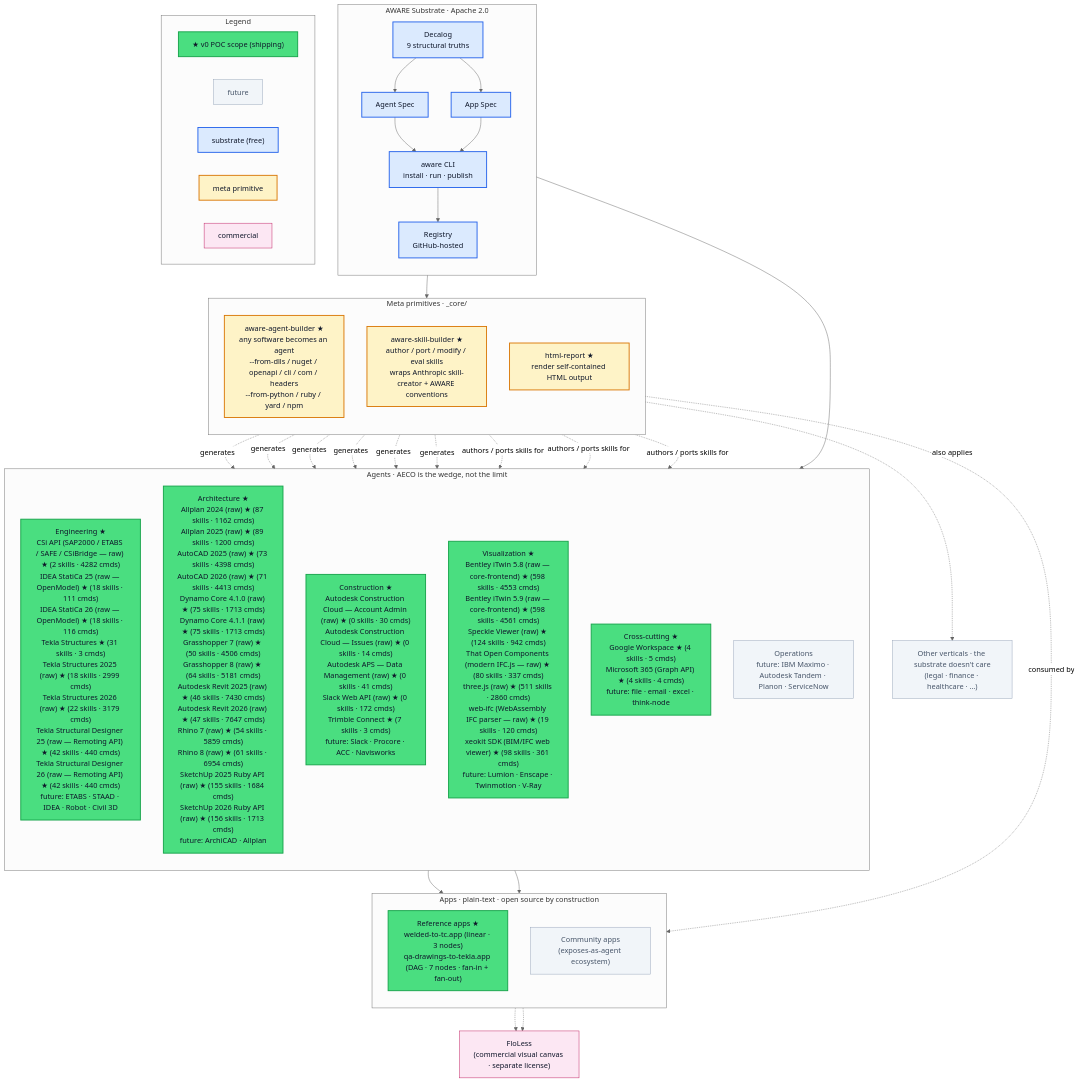
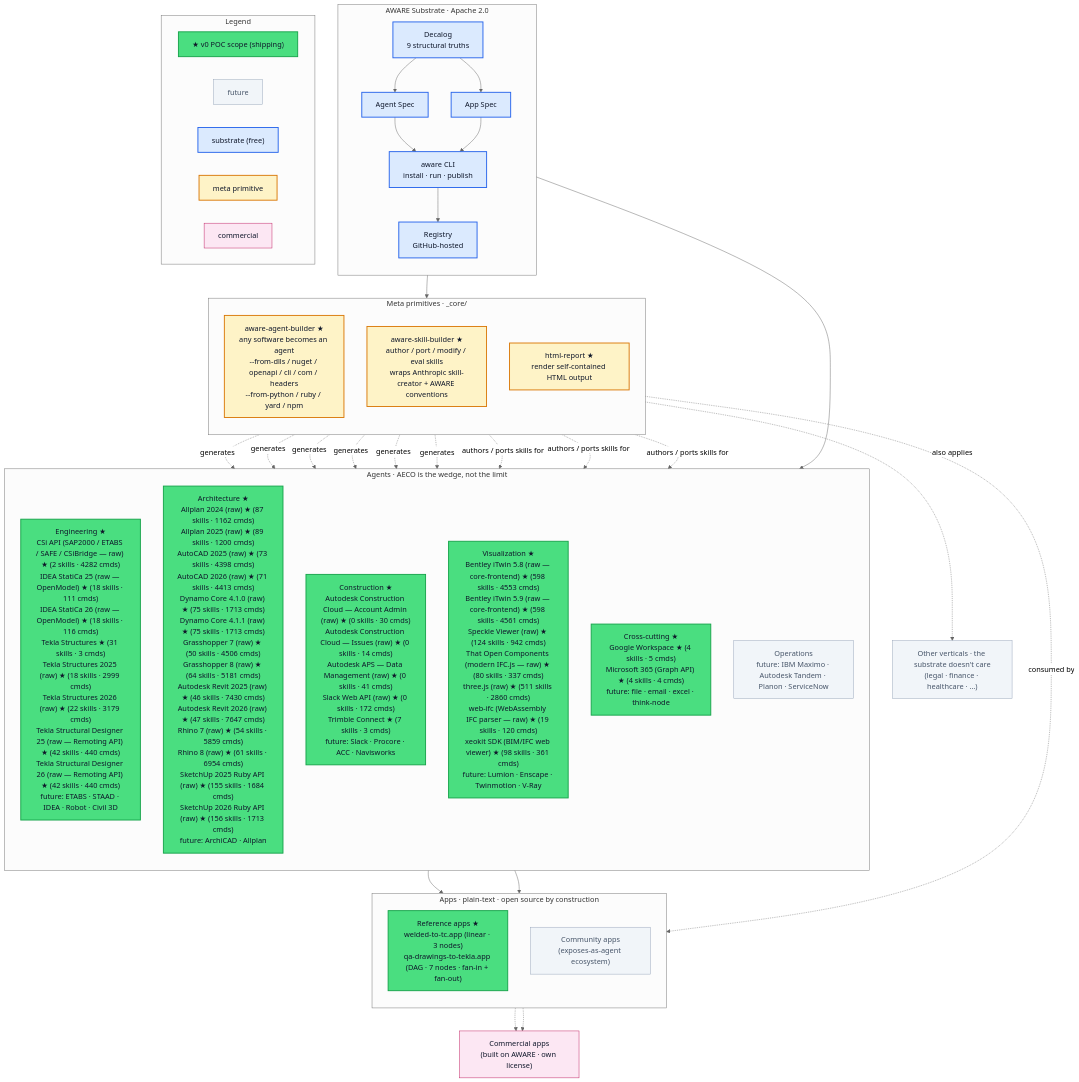
The diagram in 40-diagrams/aware-master.mmd (aware-aeco/aware), drawn with Mermaid before and after one commit. The commit also changed 1 other file, not shown here.

Commit message:
docs: drop FloLess's dedicated node from the architecture diagrams
Per "treat FloLess as any other agent — no special treatment." Both the
Mermaid and Excalidraw master diagrams gave FloLess its own named commercial
node ("FloLess — commercial visual canvas — separate license") with edges from
the reference + community apps. Genericize it to a plain "Commercial apps
(built on AWARE · own license)" node so FloLess is no longer singled out — it's
just one of the generic downstream commercial apps, matching the diagrams
README legend already genericized in #192. The generic `commercial` style class
+ legend entry stay; no other content changes.

```diff
--- a/40-diagrams/aware-master.mmd
+++ b/40-diagrams/aware-master.mmd
@@ -1,109 +1,109 @@
 %%{init: {'theme':'neutral'}}%%
 graph TB
 
   %% =========================================================
   %% Style classes
   %% =========================================================
   classDef poc        fill:#4ade80,stroke:#16a34a,color:#0f172a,stroke-width:2px
   classDef future     fill:#f1f5f9,stroke:#94a3b8,color:#475569
   classDef substrate  fill:#dbeafe,stroke:#2563eb,color:#0f172a,stroke-width:2px
   classDef meta       fill:#fef3c7,stroke:#d97706,color:#0f172a,stroke-width:2px
   classDef app        fill:#e0e7ff,stroke:#6366f1,color:#0f172a
   classDef commercial fill:#fce7f3,stroke:#be185d,color:#0f172a
 
   %% =========================================================
   %% Substrate · Apache 2.0
   %% =========================================================
   subgraph SUB["AWARE Substrate · Apache 2.0"]
     direction TB
     Decalog["Decalog<br/>9 structural truths"]:::substrate
     AgentSpec["Agent Spec"]:::substrate
     AppSpec["App Spec"]:::substrate
     CLI["aware CLI<br/>install · run · publish"]:::substrate
     Registry["Registry<br/>GitHub-hosted"]:::substrate
 
     Decalog --> AgentSpec
     Decalog --> AppSpec
     AgentSpec --> CLI
     AppSpec --> CLI
     CLI --> Registry
   end
 
   %% =========================================================
   %% Meta primitives — under _core/
   %% =========================================================
   subgraph META["Meta primitives · _core/"]
     direction TB
     Builder["aware-agent-builder ★<br/>any software becomes an agent<br/>--from-dlls / nuget / openapi / cli / com / headers<br/>--from-python / ruby / yard / npm"]:::meta
     SkillBuilder["aware-skill-builder ★<br/>author / port / modify / eval skills<br/>wraps Anthropic skill-creator + AWARE conventions"]:::meta
     HtmlReport["html-report ★<br/>render self-contained HTML output"]:::meta
   end
 
   %% =========================================================
   %% Agents · AECO (the wedge)
   %% =========================================================
   subgraph AGENTS["Agents · AECO is the wedge, not the limit"]
     direction TB
 
     %% AWARE-AUTOGEN-AGENTS-BEGIN (regenerated by `aware diagram regenerate --in-place 40-diagrams/aware-master.mmd`)
     Eng["Engineering ★<br/>CSi API (SAP2000 / ETABS / SAFE / CSiBridge — raw) ★ (2 skills · 4282 cmds)<br/>IDEA StatiCa 25 (raw — OpenModel) ★ (18 skills · 111 cmds)<br/>IDEA StatiCa 26 (raw — OpenModel) ★ (18 skills · 116 cmds)<br/>Tekla Structures ★ (31 skills · 3 cmds)<br/>Tekla Structures 2025 (raw) ★ (18 skills · 2999 cmds)<br/>Tekla Structures 2026 (raw) ★ (22 skills · 3179 cmds)<br/>Tekla Structural Designer 25 (raw — Remoting API) ★ (42 skills · 440 cmds)<br/>Tekla Structural Designer 26 (raw — Remoting API) ★ (42 skills · 440 cmds)<br/>future: ETABS · STAAD · IDEA · Robot · Civil 3D"]:::poc
     Arch["Architecture ★<br/>Allplan 2024 (raw) ★ (87 skills · 1162 cmds)<br/>Allplan 2025 (raw) ★ (89 skills · 1200 cmds)<br/>AutoCAD 2025 (raw) ★ (73 skills · 4398 cmds)<br/>AutoCAD 2026 (raw) ★ (71 skills · 4413 cmds)<br/>Dynamo Core 4.1.0 (raw) ★ (75 skills · 1713 cmds)<br/>Dynamo Core 4.1.1 (raw) ★ (75 skills · 1713 cmds)<br/>Grasshopper 7 (raw) ★ (50 skills · 4506 cmds)<br/>Grasshopper 8 (raw) ★ (64 skills · 5181 cmds)<br/>Autodesk Revit 2025 (raw) ★ (46 skills · 7430 cmds)<br/>Autodesk Revit 2026 (raw) ★ (47 skills · 7647 cmds)<br/>Rhino 7 (raw) ★ (54 skills · 5859 cmds)<br/>Rhino 8 (raw) ★ (61 skills · 6954 cmds)<br/>SketchUp 2025 Ruby API (raw) ★ (155 skills · 1684 cmds)<br/>SketchUp 2026 Ruby API (raw) ★ (156 skills · 1713 cmds)<br/>future: ArchiCAD · Allplan"]:::poc
     Cons["Construction ★<br/>Autodesk Construction Cloud — Account Admin (raw) ★ (0 skills · 30 cmds)<br/>Autodesk Construction Cloud — Issues (raw) ★ (0 skills · 14 cmds)<br/>Autodesk APS — Data Management (raw) ★ (0 skills · 41 cmds)<br/>Slack Web API (raw) ★ (0 skills · 172 cmds)<br/>Trimble Connect ★ (7 skills · 3 cmds)<br/>future: Slack · Procore · ACC · Navisworks"]:::poc
     Viz["Visualization ★<br/>Bentley iTwin 5.8 (raw — core-frontend) ★ (598 skills · 4553 cmds)<br/>Bentley iTwin 5.9 (raw — core-frontend) ★ (598 skills · 4561 cmds)<br/>Speckle Viewer (raw) ★ (124 skills · 942 cmds)<br/>That Open Components (modern IFC.js — raw) ★ (80 skills · 337 cmds)<br/>three.js (raw) ★ (511 skills · 2860 cmds)<br/>web-ifc (WebAssembly IFC parser — raw) ★ (19 skills · 120 cmds)<br/>xeokit SDK (BIM/IFC web viewer) ★ (98 skills · 361 cmds)<br/>future: Lumion · Enscape · Twinmotion · V-Ray"]:::poc
     Cross["Cross-cutting ★<br/>Google Workspace ★ (4 skills · 5 cmds)<br/>Microsoft 365 (Graph API) ★ (4 skills · 4 cmds)<br/>future: file · email · excel · think-node"]:::poc
     Ops["Operations<br/>future: IBM Maximo · Autodesk Tandem · Planon · ServiceNow"]:::future
 %% AWARE-AUTOGEN-AGENTS-END
   end
 
   Other["Other verticals · the substrate doesn't care<br/>(legal · finance · healthcare · …)"]:::future
 
   %% =========================================================
   %% Apps · plain-text compositions
   %% =========================================================
   subgraph APPS["Apps · plain-text · open source by construction"]
     direction TB
     Refs["Reference apps ★<br/>welded-to-tc.app (linear · 3 nodes)<br/>qa-drawings-to-tekla.app (DAG · 7 nodes · fan-in + fan-out)"]:::poc
     Community["Community apps<br/>(exposes-as-agent ecosystem)"]:::future
   end
 
   %% =========================================================
   %% Commercial layer
   %% =========================================================
-  FloLess["FloLess<br/>(commercial visual canvas · separate license)"]:::commercial
+  Commercial["Commercial apps<br/>(built on AWARE · own license)"]:::commercial
 
   %% =========================================================
   %% Wiring
   %% =========================================================
   Registry --> META
   Registry --> AGENTS
 
   Builder -. generates .-> Eng
   Builder -. generates .-> Cons
   Builder -. generates .-> Cross
   Builder -. generates .-> Arch
   Builder -. generates .-> Viz
   Builder -. generates .-> Ops
   Builder -. also applies .-> Other
 
   SkillBuilder -. authors / ports skills for .-> Eng
   SkillBuilder -. authors / ports skills for .-> Cons
   SkillBuilder -. authors / ports skills for .-> Cross
 
   AGENTS --> Refs
   AGENTS --> Community
   HtmlReport -. consumed by .-> Refs
 
-  Refs -.-> FloLess
-  Community -.-> FloLess
+  Refs -.-> Commercial
+  Community -.-> Commercial
 
   %% =========================================================
   %% Legend
   %% =========================================================
   subgraph LEGEND["Legend"]
     direction LR
     LegPoc["★ v0 POC scope (shipping)"]:::poc
     LegFut["future"]:::future
     LegSub["substrate (free)"]:::substrate
     LegMeta["meta primitive"]:::meta
     LegComm["commercial"]:::commercial
   end
```
